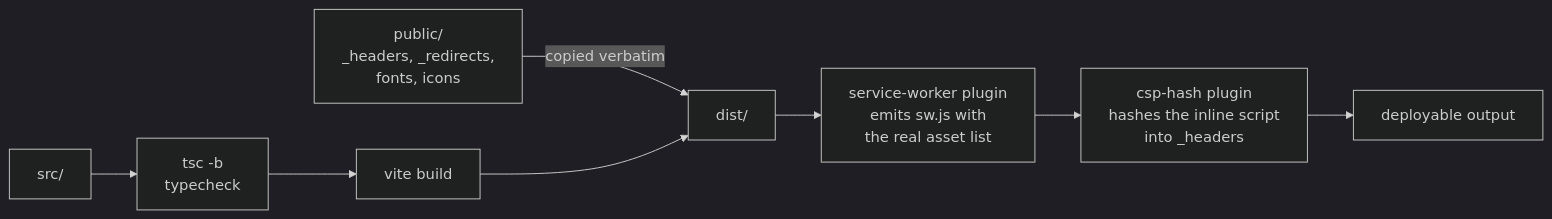
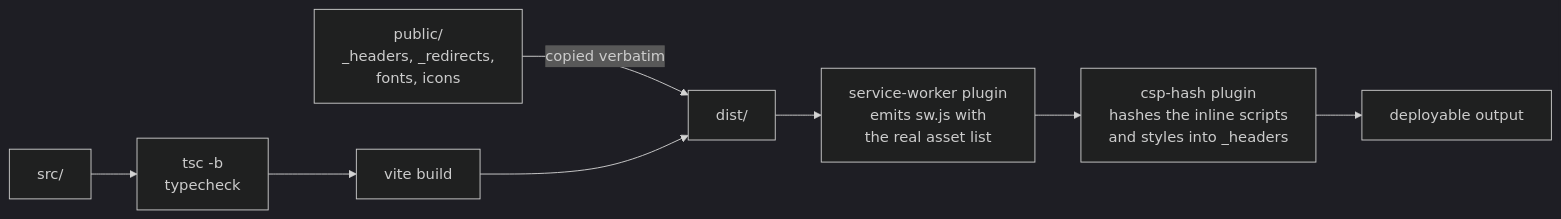
Before and after one commit to Lyfe4/toolbox: the second of 2 diagrams in docs/architecture.md, drawn with Mermaid (dark theme). The commit also changed other lines of this file and 16 other files, not shown here.

````diff
--- a/docs/architecture.md
+++ b/docs/architecture.md
@@ -4635,10 +4741,10 @@
 ```mermaid
 flowchart LR
     src["src/"] --> tsc["tsc -b<br/>typecheck"]
     tsc --> vite["vite build"]
     pub["public/<br/>_headers, _redirects,<br/>fonts, icons"] -->|copied verbatim| dist
     vite --> dist["dist/"]
     dist --> sw["service-worker plugin<br/>emits sw.js with<br/>the real asset list"]
-    sw --> csp["csp-hash plugin<br/>hashes the inline script<br/>into _headers"]
+    sw --> csp["csp-hash plugin<br/>hashes the inline scripts<br/>and styles into _headers"]
     csp --> out["deployable output"]
 ```
````
